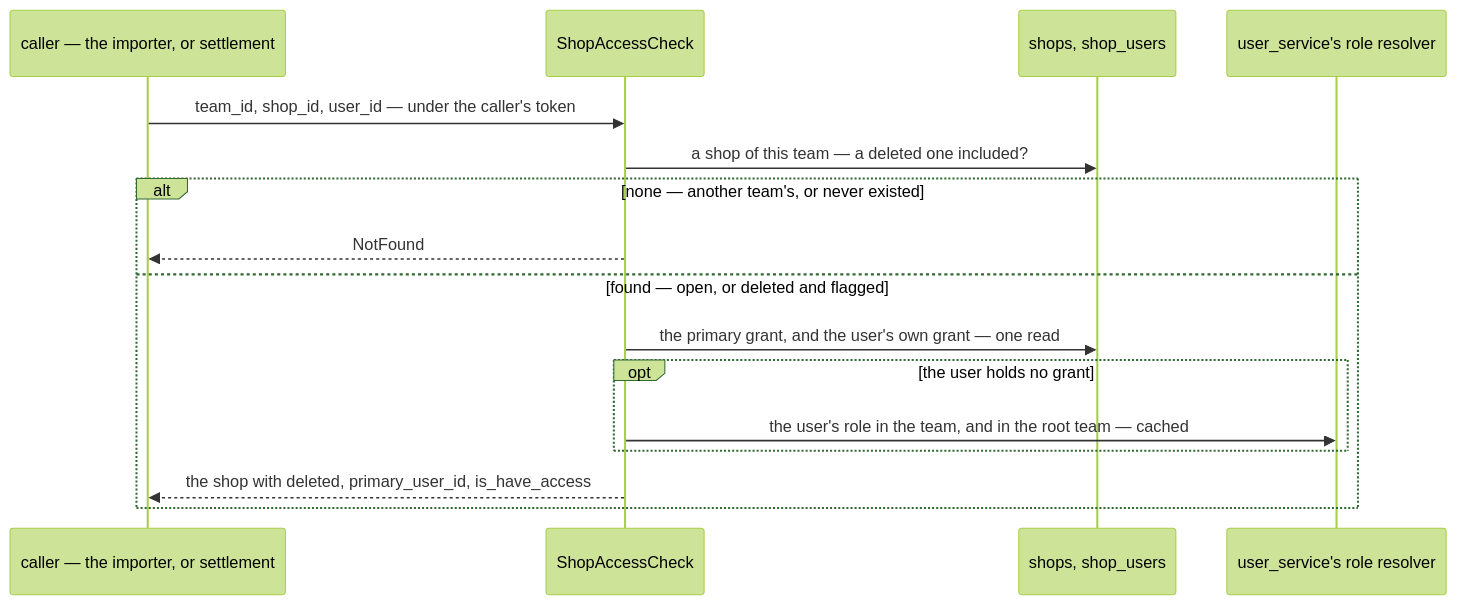
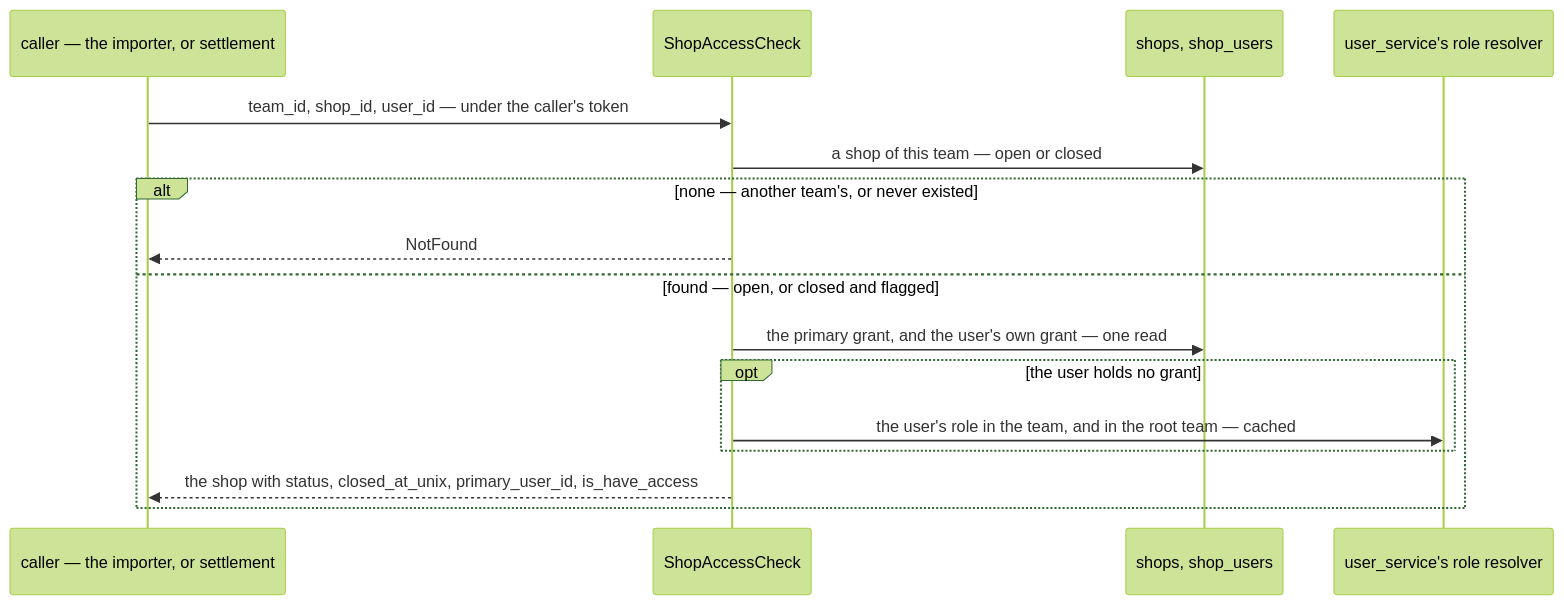
Diagram 19 of 27 in docs/services/selling_service/rpc.md (pdcgo/warehouse_revamp), drawn with Mermaid (forest theme) before and after one commit. The commit also changed other lines of this file and 89 other files, not shown here.

````diff
--- a/docs/services/selling_service/rpc.md
+++ b/docs/services/selling_service/rpc.md
@@ -1005,18 +1005,18 @@
 ```mermaid
 sequenceDiagram
     participant C as caller — the importer, or settlement
     participant S as ShopAccessCheck
     participant DB as shops, shop_users
     participant R as user_service's role resolver
     C->>S: team_id, shop_id, user_id — under the caller's token
-    S->>DB: a shop of this team — a deleted one included?
+    S->>DB: a shop of this team — open or closed
     alt none — another team's, or never existed
         S-->>C: NotFound
-    else found — open, or deleted and flagged
+    else found — open, or closed and flagged
         S->>DB: the primary grant, and the user's own grant — one read
         opt the user holds no grant
             S->>R: the user's role in the team, and in the root team — cached
         end
-        S-->>C: the shop with deleted, primary_user_id, is_have_access
+        S-->>C: the shop with status, closed_at_unix, primary_user_id, is_have_access
     end
 ```
````
